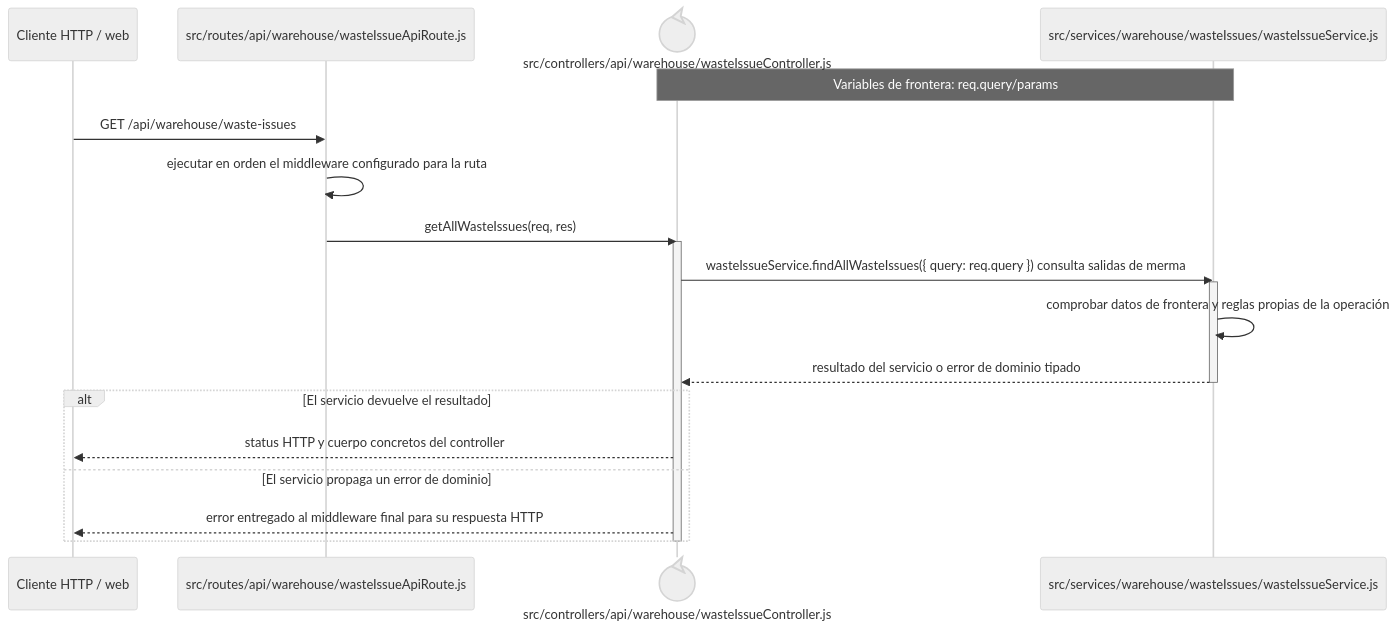
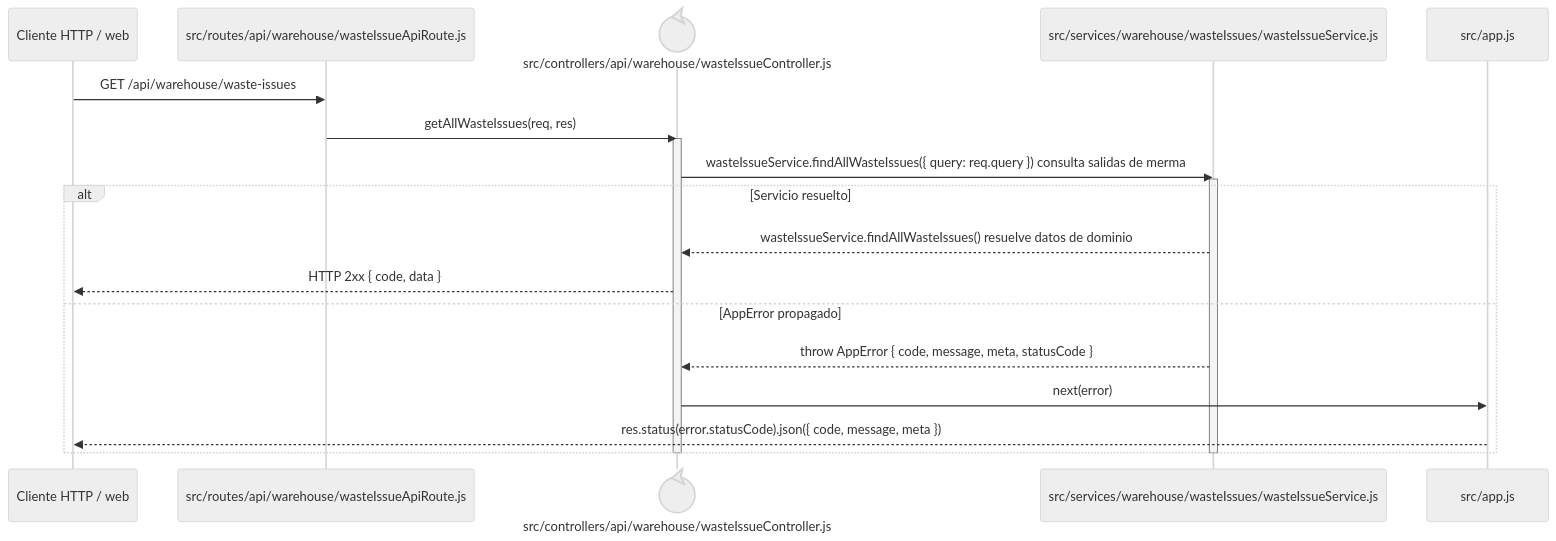
One commit to gpgsistemas01/nexus changed the diagram in docs/architecture/backend-code-sequences/issues/cu-sal-08.md. Above: the diagram before and after it, drawn with Mermaid (neutral theme). The commit also changed 148 other files, not shown here.

````diff
--- a/docs/architecture/backend-code-sequences/issues/cu-sal-08.md
+++ b/docs/architecture/backend-code-sequences/issues/cu-sal-08.md
@@ -6,24 +6,24 @@
 ```mermaid
 sequenceDiagram
     participant Client as Cliente HTTP / web
     participant Route as src/routes/api/warehouse/wasteIssueApiRoute.js
     participant Controller@{ "type": "control" } as src/controllers/api/warehouse/wasteIssueController.js
     participant Domain as src/services/warehouse/wasteIssues/wasteIssueService.js
-    Note over Controller,Domain: Variables de frontera: req.query/params
+    participant ErrorHandler as src/app.js
 
     Client->>Route: GET /api/warehouse/waste-issues
-    Route->>Route: ejecutar en orden el middleware configurado para la ruta
     Route->>Controller: getAllWasteIssues(req, res)
     activate Controller
     Controller->>Domain: wasteIssueService.findAllWasteIssues({ query: req.query }) consulta salidas de merma
     activate Domain
-    Domain->>Domain: comprobar datos de frontera y reglas propias de la operación
-    Domain-->>Controller: resultado del servicio o error de dominio tipado
+    alt Servicio resuelto
+        Domain-->>Controller: wasteIssueService.findAllWasteIssues() resuelve datos de dominio
+        Controller-->>Client: HTTP 2xx { code, data }
+    else AppError propagado
+        Domain-->>Controller: throw AppError { code, message, meta, statusCode }
+        Controller->>ErrorHandler: next(error)
+        ErrorHandler-->>Client: res.status(error.statusCode).json({ code, message, meta })
+    end
     deactivate Domain
-    alt El servicio devuelve el resultado
-        Controller-->>Client: status HTTP y cuerpo concretos del controller
-    else El servicio propaga un error de dominio
-        Controller-->>Client: error entregado al middleware final para su respuesta HTTP
-    end
     deactivate Controller
 ```
````
